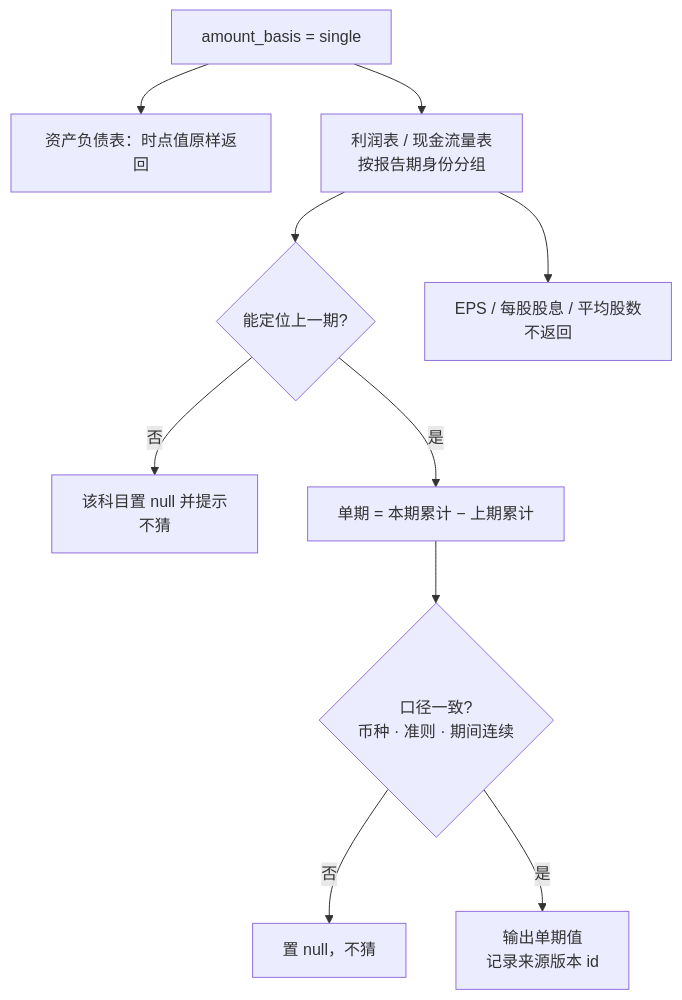
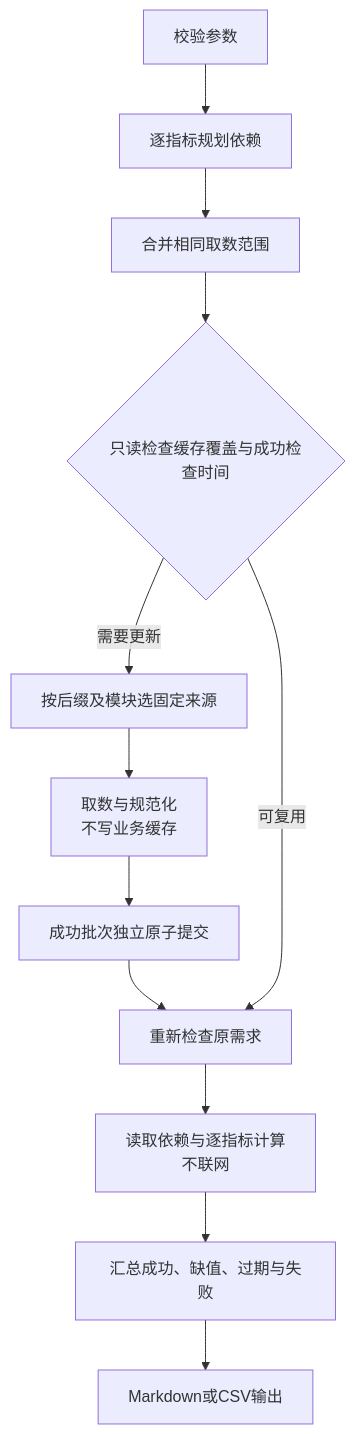
One commit to alone-tree/Ashare-announcements-MCP changed the diagram in docs/行为-财报工具.md. Above: the diagram before and after it, drawn with Mermaid. The commit also changed other lines of this file and 23 other files, not shown here.

````diff
--- a/docs/行为-财报工具.md
+++ b/docs/行为-财报工具.md
@@ -100,12 +45,14 @@
 ```mermaid
 flowchart TD
-    A["amount_basis = single"] --> B["资产负债表：时点值原样返回"]
-    A --> C["利润表 / 现金流量表<br/>按报告期身份分组"]
-    C --> D{"能定位上一期?"}
-    D -- 否 --> E["该科目置 null 并提示<br/>不猜"]
-    D -- 是 --> F["单期 = 本期累计 − 上期累计"]
-    F --> G{"口径一致?<br/>币种 · 准则 · 期间连续"}
-    G -- 否 --> H["置 null，不猜"]
-    G -- 是 --> I["输出单期值<br/>记录来源版本 id"]
-    C --> J["EPS / 每股股息 / 平均股数<br/>不返回"]
+    A["校验参数"] --> B["逐指标规划依赖"]
+    B --> C["合并相同取数范围"]
+    C --> D{"只读检查缓存覆盖与成功检查时间"}
+    D -->|需要更新| E["按后缀及模块选固定来源"]
+    E --> F["取数与规范化<br/>不写业务缓存"]
+    F --> G["成功批次独立原子提交"]
+    G --> H["重新检查原需求"]
+    D -->|可复用| H
+    H --> I["读取依赖与逐指标计算<br/>不联网"]
+    I --> J["汇总成功、缺值、过期与失败"]
+    J --> K["Markdown或CSV输出"]
 ```
````
